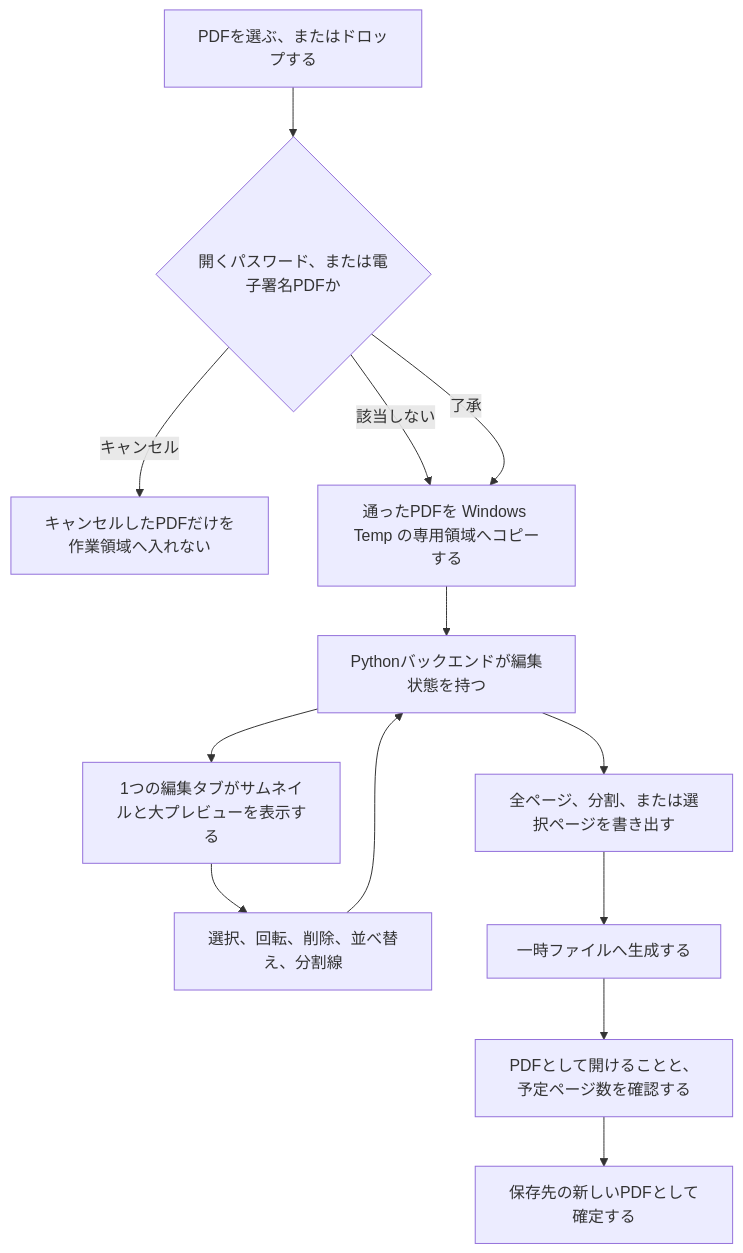
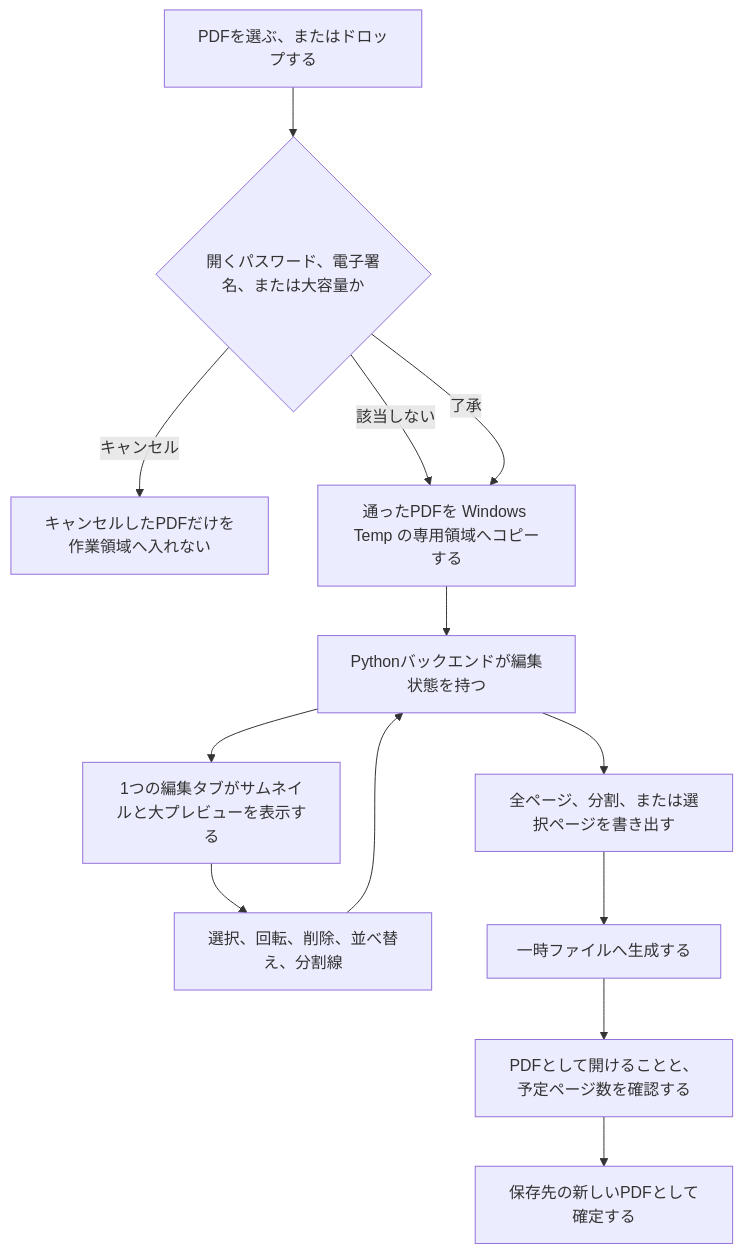
Before and after one commit to rm007080/26_pdf-editor: the first of 2 diagrams in docs/architecture.md, drawn with Mermaid. The commit also changed other lines of this file and 107 other files, not shown here.

````diff
--- a/docs/architecture.md
+++ b/docs/architecture.md
@@ -27,27 +27,27 @@
 ```mermaid
 flowchart TD
   open["PDFを選ぶ、またはドロップする"]
-  gate{"開くパスワード、または電子署名PDFか"}
+  gate{"開くパスワード、電子署名、または大容量か"}
   exclude["キャンセルしたPDFだけを作業領域へ入れない"]
   copy["通ったPDFを Windows Temp の専用領域へコピーする"]
   state["Pythonバックエンドが編集状態を持つ"]
   view["1つの編集タブがサムネイルと大プレビューを表示する"]
   change["選択、回転、削除、並べ替え、分割線"]
   export["全ページ、分割、または選択ページを書き出す"]
   tmp["一時ファイルへ生成する"]
   verify["PDFとして開けることと、予定ページ数を確認する"]
   done["保存先の新しいPDFとして確定する"]
 
   open --> gate
   gate -->|該当しない| copy
   gate -->|キャンセル| exclude
   gate -->|了承| copy
   copy --> state
   state --> view
   view --> change
   change --> state
   state --> export
   export --> tmp
   tmp --> verify
   verify --> done
 ```
````
